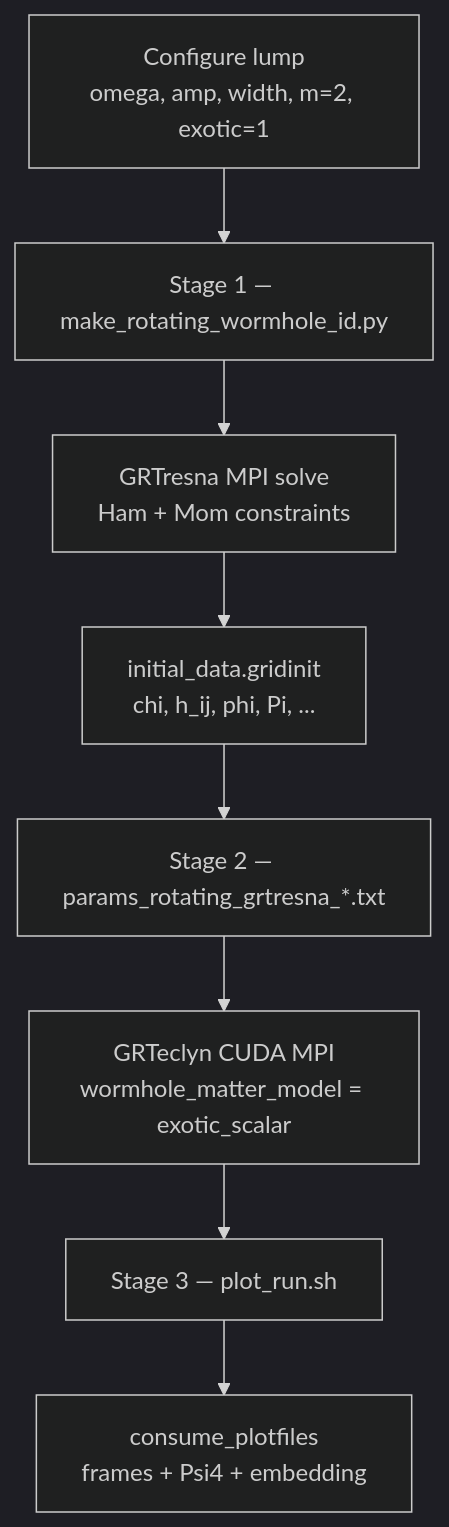
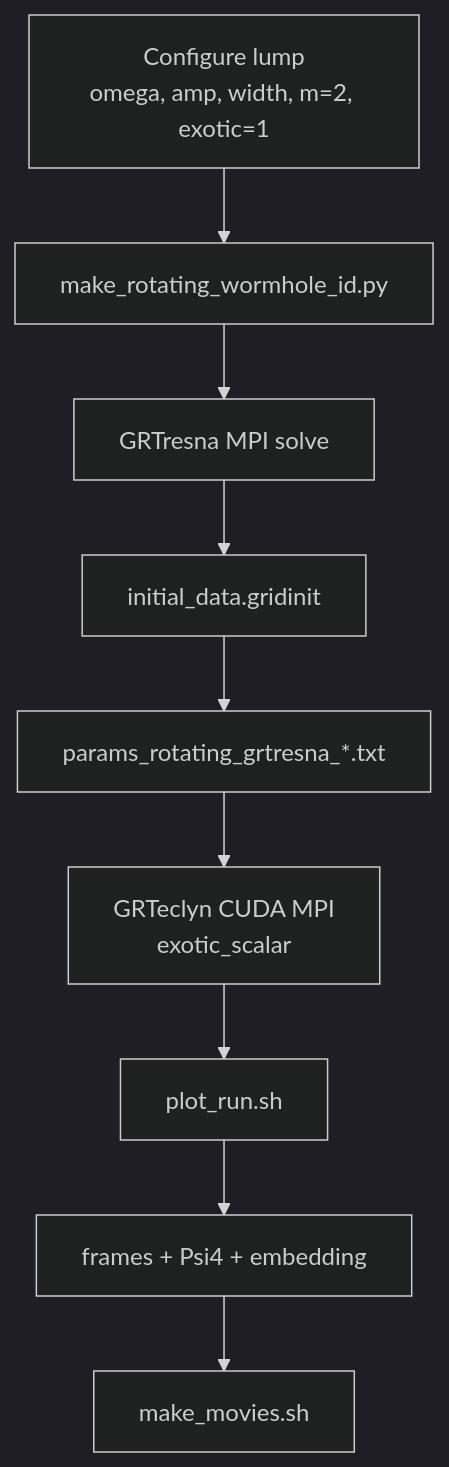
One commit to Nikchik-coder/GRTeclyn changed the diagram in Examples/RotatingWormholeCollapse/README.md. Above: the diagram before and after it, drawn with Mermaid (dark theme). The commit also changed other lines of this file and 3 other files, not shown here.

First line of the commit message:
Document hi-res rotating wormhole run and fix stable frame colorbars.

````diff
--- a/Examples/RotatingWormholeCollapse/README.md
+++ b/Examples/RotatingWormholeCollapse/README.md
@@ -20,16 +29,14 @@
 ```mermaid
 flowchart TB
     P["Configure lump<br/>omega, amp, width, m=2, exotic=1"]
+    ID["make_rotating_wormhole_id.py"]
+    GR["GRTresna MPI solve"]
+    GI["initial_data.gridinit"]
+    PR["params_rotating_grtresna_*.txt"]
+    GT["GRTeclyn CUDA MPI<br/>exotic_scalar"]
+    PL["plot_run.sh"]
+    CF["frames + Psi4 + embedding"]
+    MV["make_movies.sh"]
 
-    ID["Stage 1 — make_rotating_wormhole_id.py"]
-    GR["GRTresna MPI solve<br/>Ham + Mom constraints"]
-    GI["initial_data.gridinit<br/>chi, h_ij, phi, Pi, ..."]
-
-    PR["Stage 2 — params_rotating_grtresna_*.txt"]
-    GT["GRTeclyn CUDA MPI<br/>wormhole_matter_model = exotic_scalar"]
-
-    PL["Stage 3 — plot_run.sh"]
-    CF["consume_plotfiles<br/>frames + Psi4 + embedding"]
-
-    P --> ID --> GR --> GI --> PR --> GT --> PL --> CF
+    P --> ID --> GR --> GI --> PR --> GT --> PL --> CF --> MV
 ```
````
